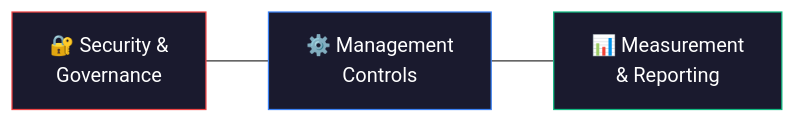
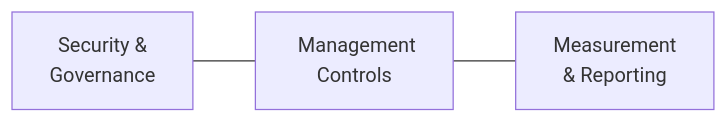
The diagram in content/blog/microsoft-365-copilot-control-system-complete-guide.md (susanthgit/aguidetocloud-revamp), drawn with Mermaid before and after one commit. The commit also changed 553 other files, not shown here.

First line of the commit message:
🌸 Z17: Zen Mermaid diagrams — Stripe Docs style

````diff
--- a/content/blog/microsoft-365-copilot-control-system-complete-guide.md
+++ b/content/blog/microsoft-365-copilot-control-system-complete-guide.md
@@ -108,9 +108,6 @@
 ```mermaid
 flowchart LR
-    A["🔐 Security &<br/>Governance"] --- B["⚙️ Management<br/>Controls"]
-    B --- C["📊 Measurement<br/>& Reporting"]
+    A["Security &<br/>Governance"] --- B["️ Management<br/>Controls"]
+    B --- C["Measurement<br/>& Reporting"]
     
-    style A fill:#1a1a2e,stroke:#EF4444,color:#fff
-    style B fill:#1a1a2e,stroke:#3B82F6,color:#fff
-    style C fill:#1a1a2e,stroke:#10B981,color:#fff
 ```
````
